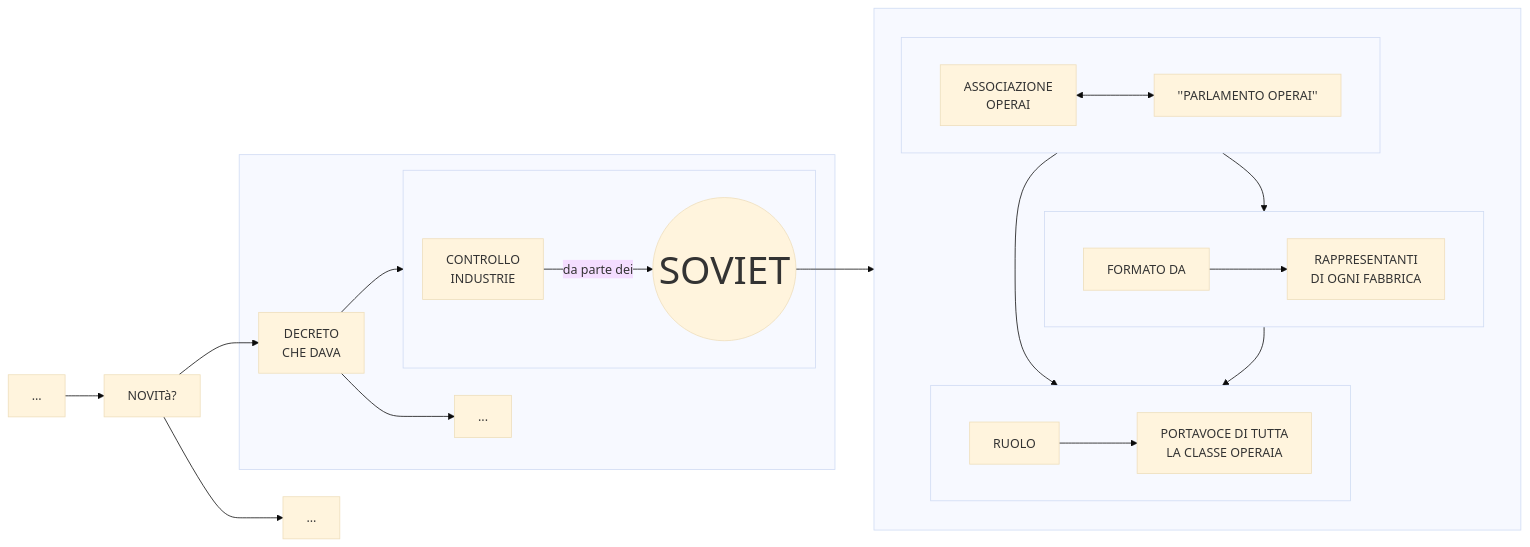
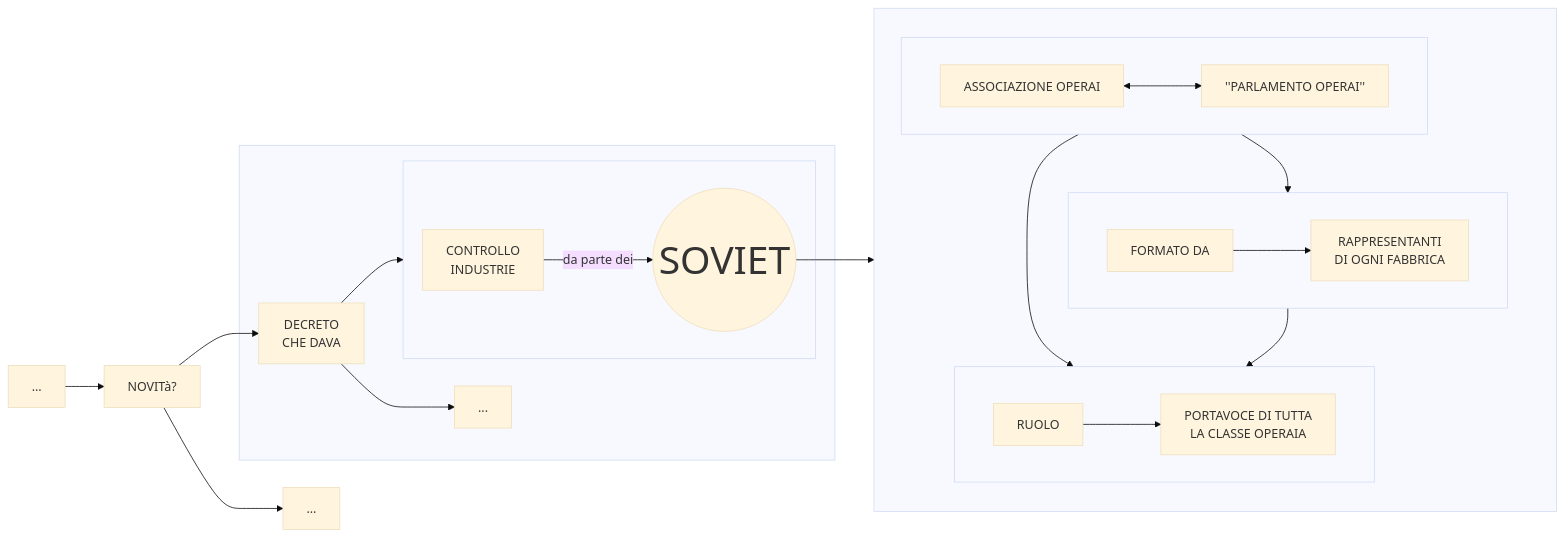
The third of 3 diagrams in stalinismo.md (Laaouatni/ricerca-storia-MermaidJS), drawn with Mermaid (base theme) before and after one commit.

````diff
--- a/stalinismo.md
+++ b/stalinismo.md
@@ -77,38 +77,38 @@
 ```mermaid
 flowchart LR
     0[...] 
     01[NOVITà?]
     subgraph 013[" "]
         010[DECRETO <br> CHE DAVA]
         011[...]
         subgraph 012[" "]
             0120[CONTROLLO<br>INDUSTRIE]
             style 01200 font-size:50px;
             01200((SOVIET))
             0120 -->|da parte dei| 01200
         end
         010 --> 011 & 012
     end
     014[...]
     subgraph 05[" "]
         subgraph 02[" "]
-            020[ASSOCIAZIONE <br> OPERAI]
+            020[ASSOCIAZIONE OPERAI]
             021["''PARLAMENTO OPERAI''"]
             020 <-->021
         end
         subgraph 03[" "]
             030[FORMATO DA]
             0300[RAPPRESENTANTI <BR> DI OGNI FABBRICA]
             030 --> 0300
         end
         subgraph 04[" "]
             040[RUOLO]
             0400[PORTAVOCE DI TUTTA <BR> LA CLASSE OPERAIA]
             040 --> 0400
         end
     end
     02 --> 03 & 04
     03 --> 04
     01200 --> 05
     0 --> 01 --> 010 & 014
 ```
````
